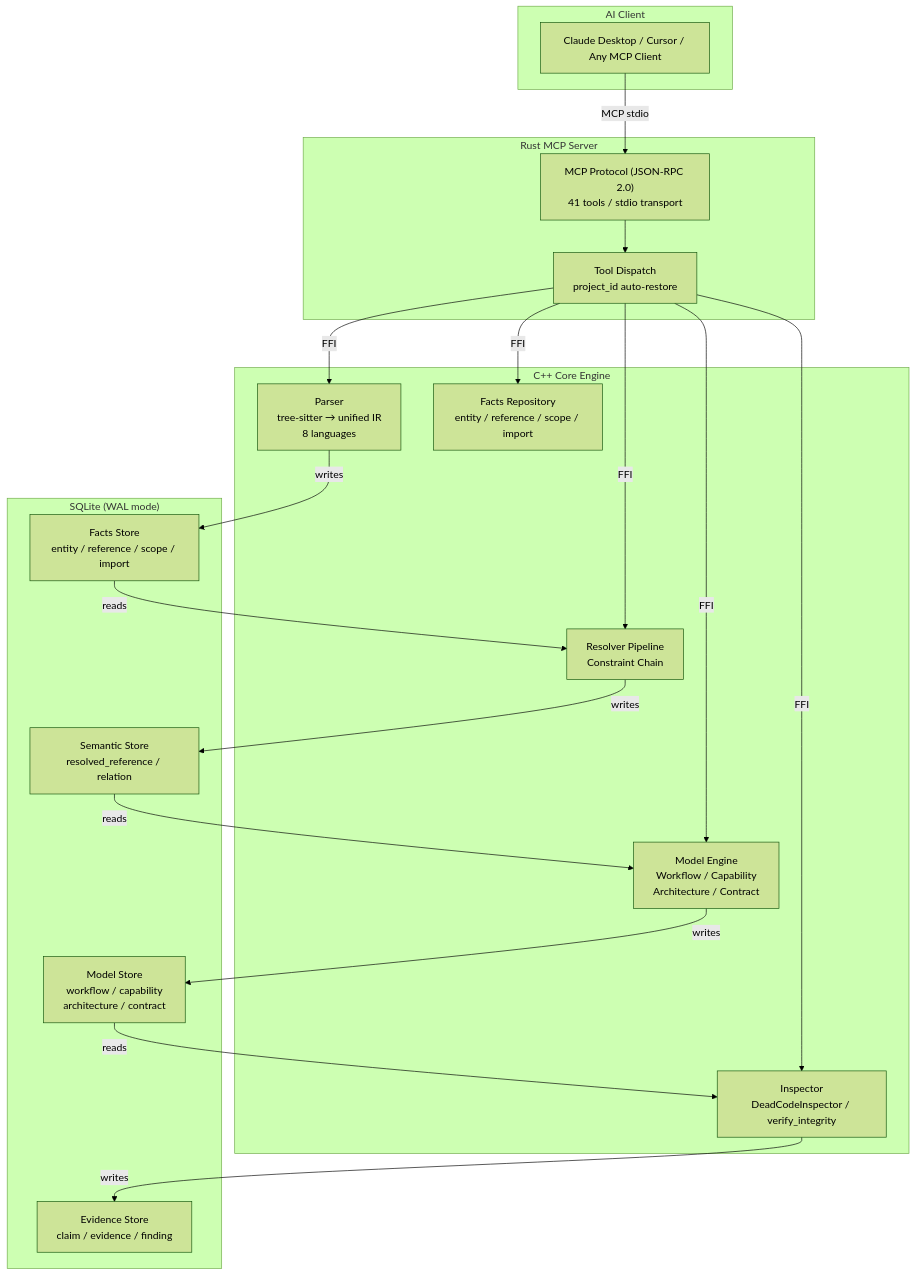
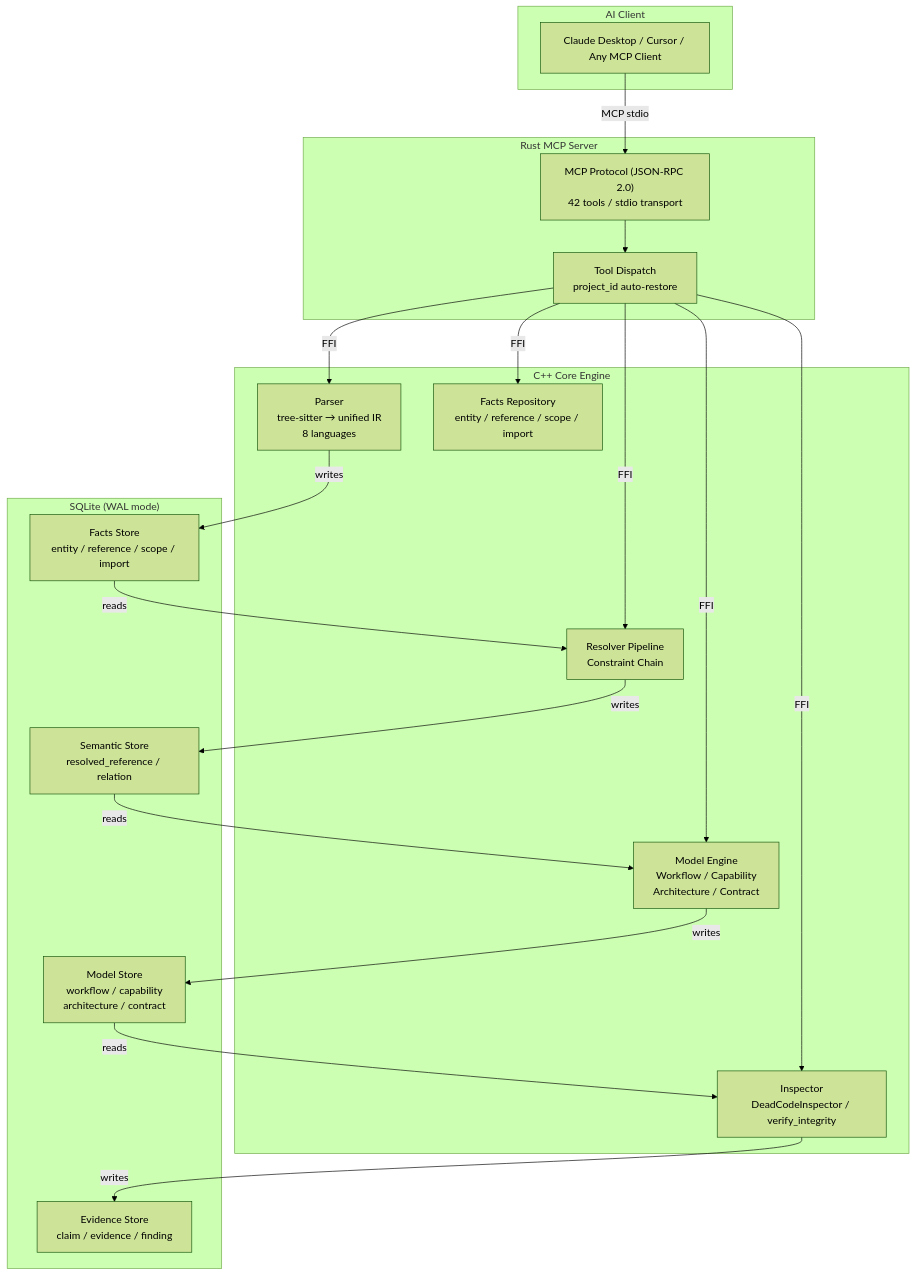
Before and after one commit to Timwood0x10/CodeScope: the first of 3 diagrams in README.md, drawn with Mermaid (forest theme). The commit also changed other lines of this file and 4 other files, not shown here.

````diff
--- a/README.md
+++ b/README.md
@@ -49,42 +49,42 @@
 ```mermaid
 graph TB
     subgraph "AI Client"
         Client["Claude Desktop / Cursor / Any MCP Client"]
     end
 
     subgraph "Rust MCP Server"
-        MCP["MCP Protocol (JSON-RPC 2.0)<br/>41 tools / stdio transport"]
+        MCP["MCP Protocol (JSON-RPC 2.0)<br/>42 tools / stdio transport"]
         DISPATCH["Tool Dispatch<br/>project_id auto-restore"]
     end
 
     subgraph "C++ Core Engine"
         PARSER["Parser<br/>tree-sitter → unified IR<br/>8 languages"]
         FACTS["Facts Repository<br/>entity / reference / scope / import"]
         RESOLVER["Resolver Pipeline<br/>Constraint Chain"]
         MODEL["Model Engine<br/>Workflow / Capability<br/>Architecture / Contract"]
         INSPECTOR["Inspector<br/>DeadCodeInspector / verify_integrity"]
     end
 
     subgraph "SQLite (WAL mode)"
         F_STORE["Facts Store<br/>entity / reference / scope / import"]
         S_STORE["Semantic Store<br/>resolved_reference / relation"]
         M_STORE["Model Store<br/>workflow / capability<br/>architecture / contract"]
         E_STORE["Evidence Store<br/>claim / evidence / finding"]
     end
 
     Client -->|"MCP stdio"| MCP
     MCP --> DISPATCH
     DISPATCH -->|"FFI"| PARSER
     DISPATCH -->|"FFI"| FACTS
     DISPATCH -->|"FFI"| RESOLVER
     DISPATCH -->|"FFI"| MODEL
     DISPATCH -->|"FFI"| INSPECTOR
 
     PARSER -->|"writes"| F_STORE
     F_STORE -->|"reads"| RESOLVER
     RESOLVER -->|"writes"| S_STORE
     S_STORE -->|"reads"| MODEL
     MODEL -->|"writes"| M_STORE
     M_STORE -->|"reads"| INSPECTOR
     INSPECTOR -->|"writes"| E_STORE
 ```
````
